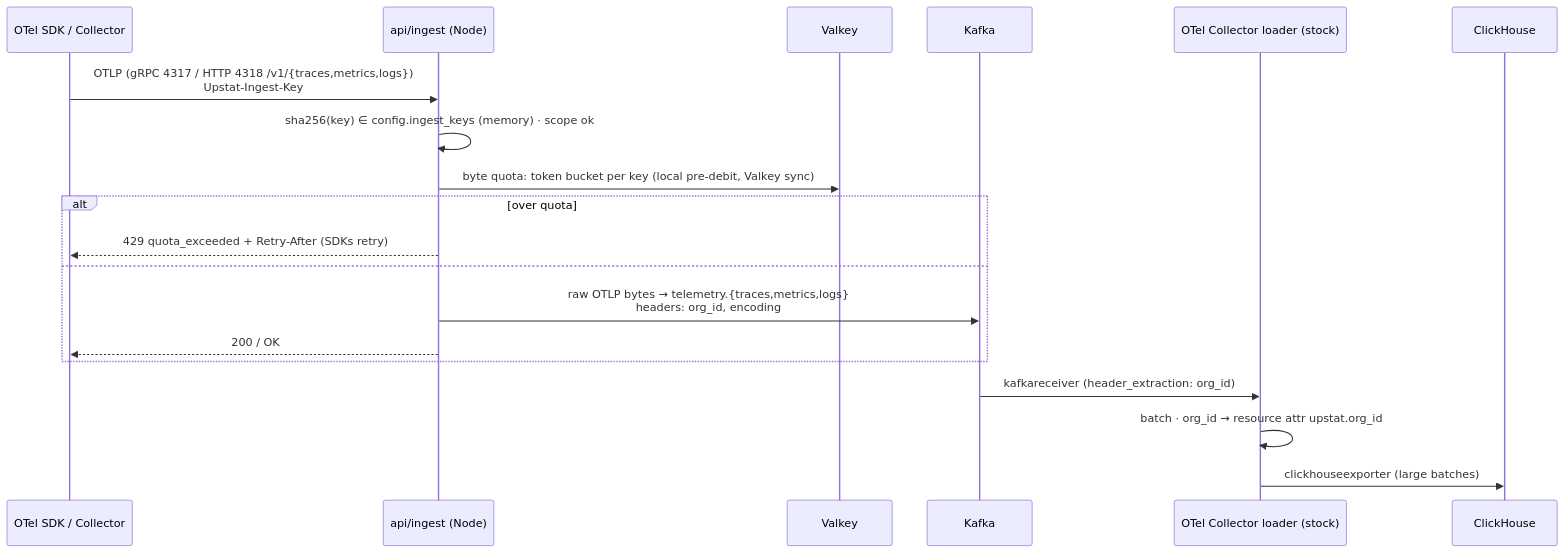
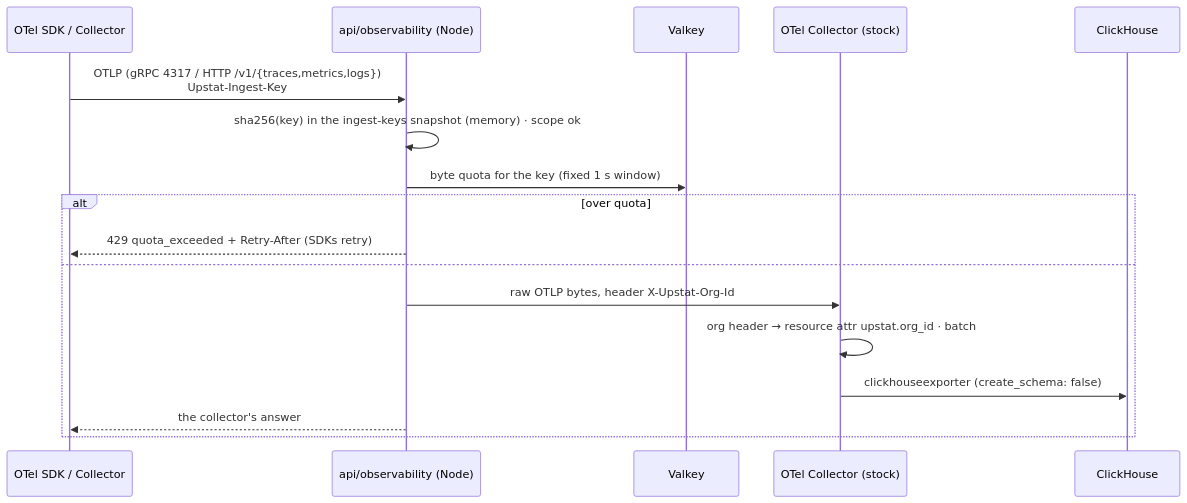
One commit to cuesoftinc/upstat changed the fourth of 4 diagrams in docs/system-design.md. Above: the diagram before and after it, drawn with Mermaid. The commit also changed other lines of this file and 253 other files, not shown here.

````diff
--- a/docs/system-design.md
+++ b/docs/system-design.md
@@ -461,22 +433,20 @@
 ```mermaid
 sequenceDiagram
     participant SDK as OTel SDK / Collector
-    participant G as api/ingest (Node)
+    participant G as api/observability (Node)
     participant R as Valkey
-    participant K as Kafka
-    participant L as OTel Collector loader (stock)
+    participant L as OTel Collector (stock)
     participant CH as ClickHouse
 
-    SDK->>G: OTLP (gRPC 4317 / HTTP 4318 /v1/{traces,metrics,logs})<br/>Upstat-Ingest-Key
-    G->>G: sha256(key) ∈ config.ingest_keys (memory) · scope ok
-    G->>R: byte quota: token bucket per key (local pre-debit, Valkey sync)
+    SDK->>G: OTLP (gRPC 4317 / HTTP /v1/{traces,metrics,logs})<br/>Upstat-Ingest-Key
+    G->>G: sha256(key) in the ingest-keys snapshot (memory) · scope ok
+    G->>R: byte quota for the key (fixed 1 s window)
     alt over quota
         G-->>SDK: 429 quota_exceeded + Retry-After (SDKs retry)
     else
-        G->>K: raw OTLP bytes → telemetry.{traces,metrics,logs}<br/>headers: org_id, encoding
-        G-->>SDK: 200 / OK
+        G->>L: raw OTLP bytes, header X-Upstat-Org-Id
+        L->>L: org header → resource attr upstat.org_id · batch
+        L->>CH: clickhouseexporter (create_schema: false)
+        G-->>SDK: the collector's answer
     end
-    K->>L: kafkareceiver (header_extraction: org_id)
-    L->>L: batch · org_id → resource attr upstat.org_id
-    L->>CH: clickhouseexporter (large batches)
 ```
````
